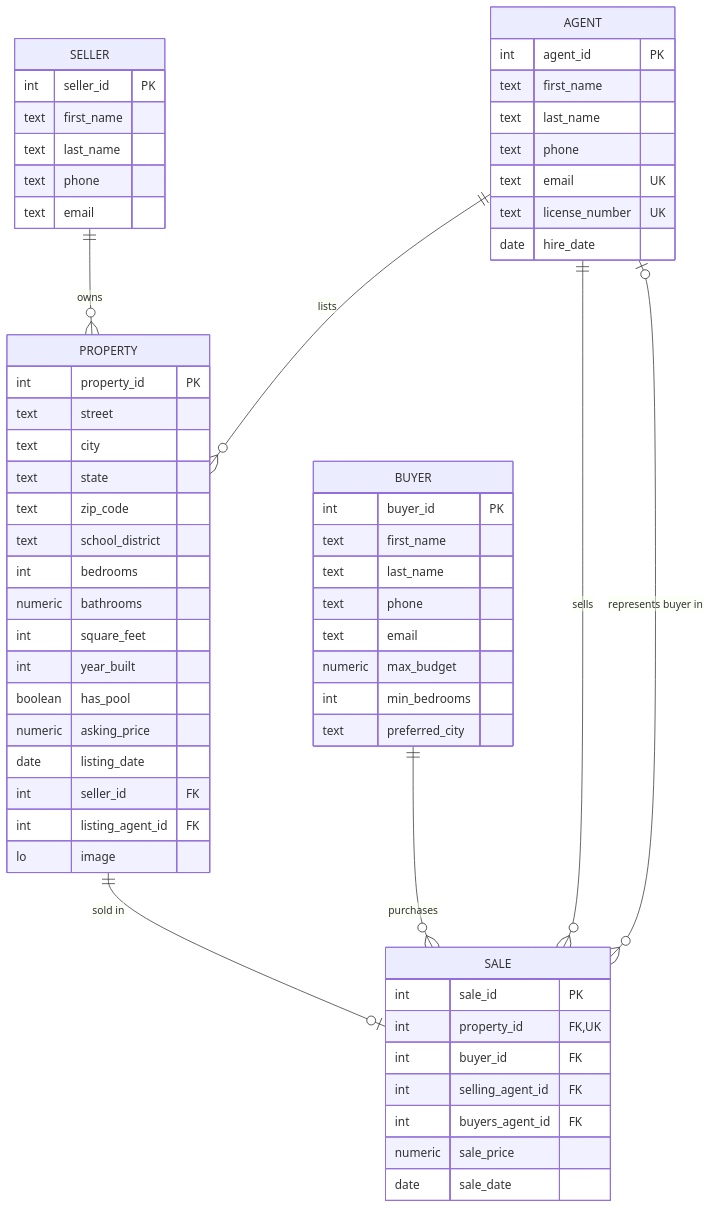
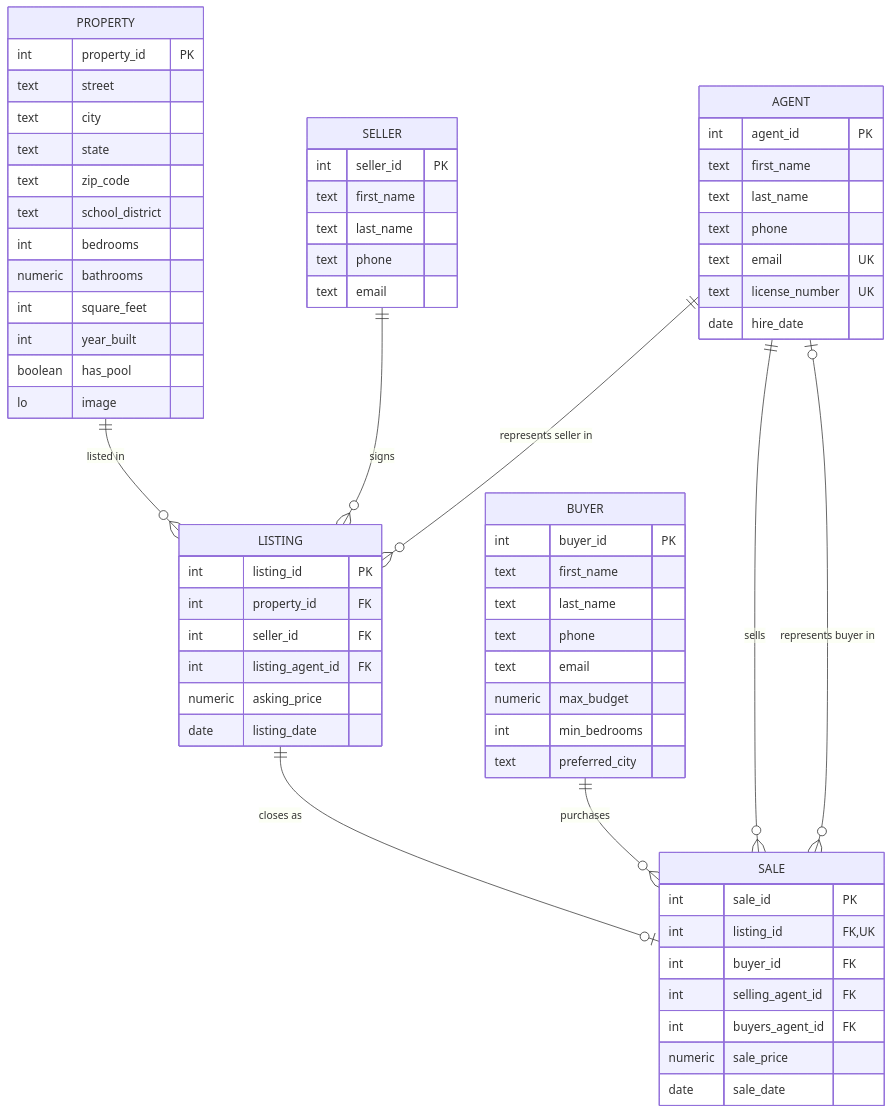
One commit to imad-shah/database-project-3 changed the diagram in README.md. Above: the diagram before and after it, drawn with Mermaid. The commit also changed other lines of this file, not shown here.

Commit message:
docs(readme): update the ER diagram and rules for listings and relisting

````diff
--- a/README.md
+++ b/README.md
@@ -47,63 +47,68 @@
 ```mermaid
 erDiagram
-    AGENT ||--o{ PROPERTY : lists
-    SELLER ||--o{ PROPERTY : owns
-    PROPERTY ||--o| SALE : "sold in"
+    PROPERTY ||--o{ LISTING : "listed in"
+    SELLER ||--o{ LISTING : signs
+    AGENT ||--o{ LISTING : "represents seller in"
+    LISTING ||--o| SALE : "closes as"
     BUYER ||--o{ SALE : purchases
-    AGENT ||--o{ SALE : "sells"
+    AGENT ||--o{ SALE : sells
     AGENT |o--o{ SALE : "represents buyer in"
 
     AGENT {
         int agent_id PK
         text first_name
         text last_name
         text phone
         text email UK
         text license_number UK
         date hire_date
     }
     BUYER {
         int buyer_id PK
         text first_name
         text last_name
         text phone
         text email
         numeric max_budget
         int min_bedrooms
         text preferred_city
     }
     SELLER {
         int seller_id PK
         text first_name
         text last_name
         text phone
         text email
     }
     PROPERTY {
         int property_id PK
         text street
         text city
         text state
         text zip_code
         text school_district
         int bedrooms
         numeric bathrooms
         int square_feet
         int year_built
         boolean has_pool
+        lo image
+    }
+    LISTING {
+        int listing_id PK
+        int property_id FK
+        int seller_id FK
+        int listing_agent_id FK
         numeric asking_price
         date listing_date
-        int seller_id FK
-        int listing_agent_id FK
-        lo image
     }
     SALE {
         int sale_id PK
-        int property_id FK,UK
+        int listing_id FK,UK
         int buyer_id FK
         int selling_agent_id FK
         int buyers_agent_id FK
         numeric sale_price
         date sale_date
     }
 ```
````
